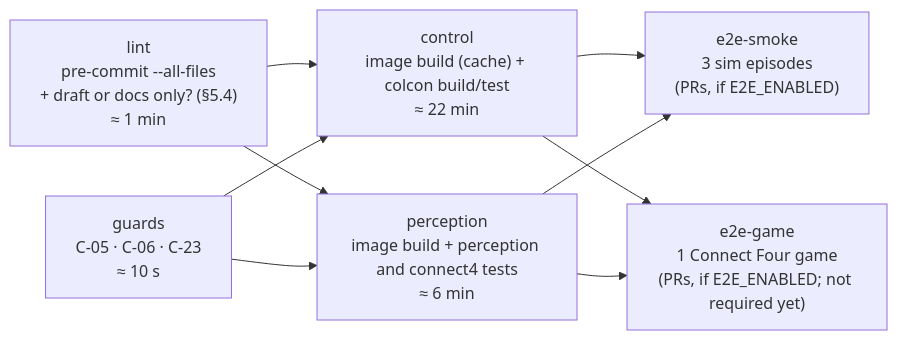
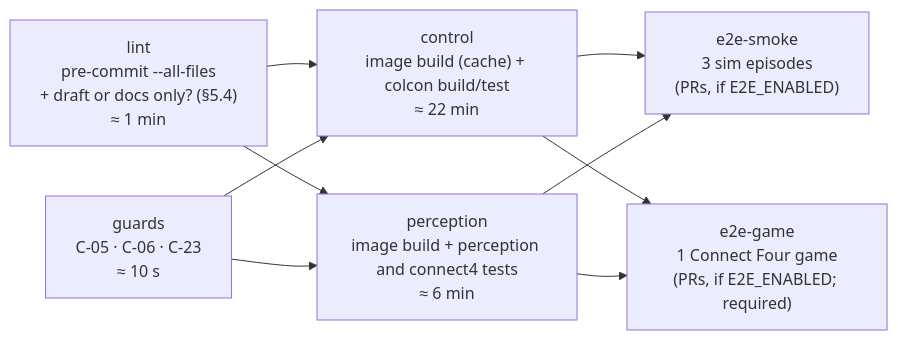
Before and after one commit to FoxaxeWasTaken/Robotics: the second of 4 diagrams in docs/project/14_quality_pipeline_ci.md, drawn with Mermaid. The commit also changed other lines of this file and 10 other files, not shown here.

Commit message:
docs(repo): the changelog of v2.0.0, the game on each PR as a required check (#229) (#295)

````diff
--- a/docs/project/14_quality_pipeline_ci.md
+++ b/docs/project/14_quality_pipeline_ci.md
@@ -114,13 +114,13 @@
 ```mermaid
 flowchart LR
   A["lint<br/>pre-commit --all-files<br/>+ draft or docs only? (§5.4)<br/>≈ 1 min"] --> C
   B["guards<br/>C-05 · C-06 · C-23<br/>≈ 10 s"] --> C
   A --> P
   B --> P
   C["control<br/>image build (cache) + colcon build/test<br/>≈ 22 min"] --> E
   P["perception<br/>image build + perception and connect4 tests<br/>≈ 6 min"] --> E
   E["e2e-smoke<br/>3 sim episodes<br/>(PRs, if E2E_ENABLED)"]
   C --> G
   P --> G
-  G["e2e-game<br/>1 Connect Four game<br/>(PRs, if E2E_ENABLED; not required yet)"]
+  G["e2e-game<br/>1 Connect Four game<br/>(PRs, if E2E_ENABLED; required)"]
 ```
````
